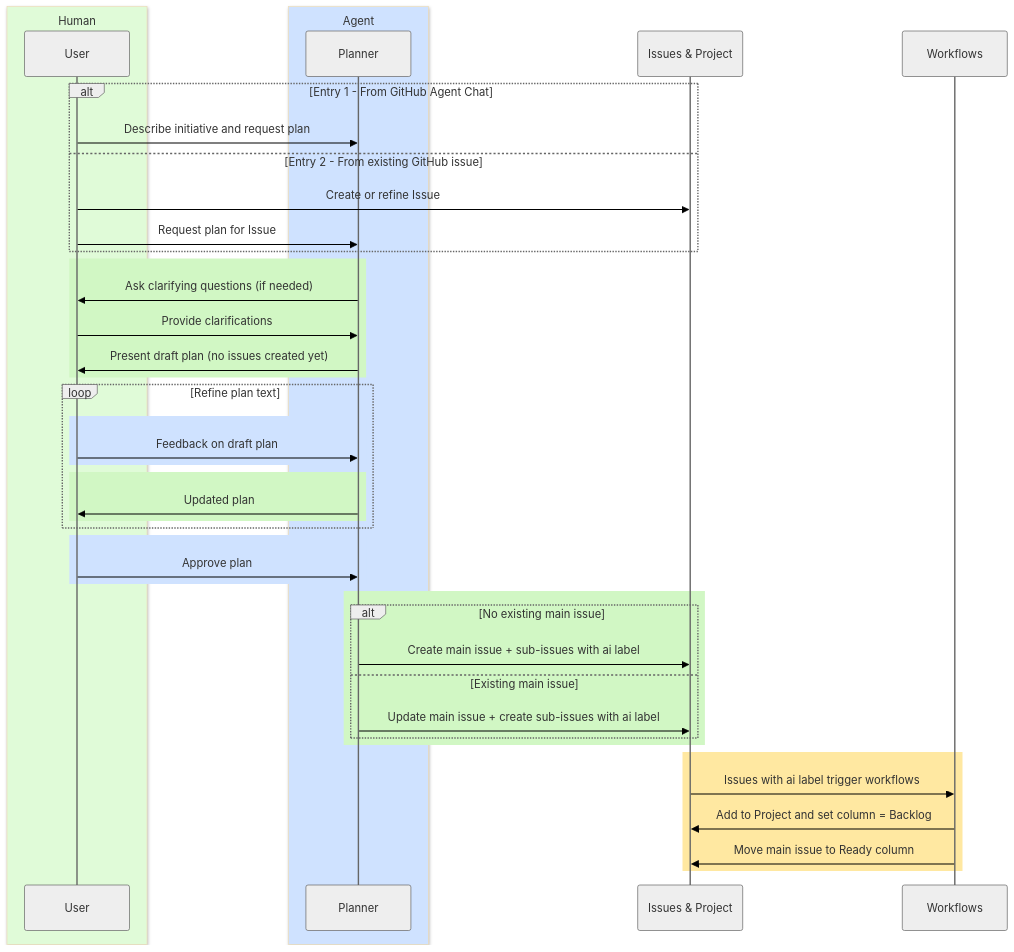
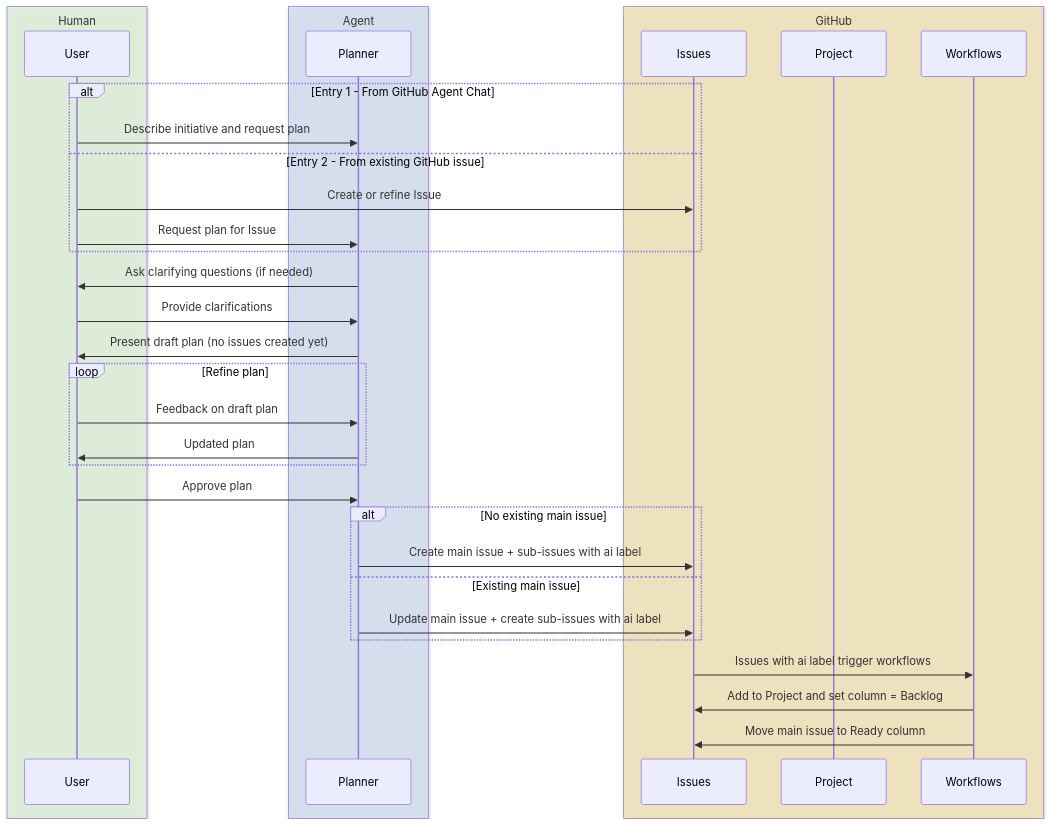
Before and after one commit to Dave76/codelantern-ai: the second of 3 diagrams in workflows/planner.md, drawn with Mermaid. The commit also changed other lines of this file, not shown here.

Commit message:
With boxes

````diff
--- a/workflows/planner.md
+++ b/workflows/planner.md
@@ -171,70 +171,64 @@
 ```mermaid
 ---
 config:
-  theme: 'base'
-  themeVariables:
-    darkMode: false
-    bkg: '#ffffff'
+  theme: 'default'
+  <!-- themeVariables:
     actorBkg: '#eee'
-    actorBorder: '#666'
+    actorBorder: '#999'
     signalColor: '#000'
+    actorLineColor: '#999'
+    activationBkgColor: '#ff00ff'
+    sequenceNumberColor: '#ff00ff'
+    rectStrokeWidth: 0 -->
 ---
 sequenceDiagram
     
-    box rgba(224, 251, 216, 1) Human
+    box rgba(224, 251, 216, 0.5) Human
         participant U as User
     end
 
-    box  rgb(207,226,255) Agent
-        participant CP as Planner
+    box  rgba(207,226,255, 0.5) Agent
+        participant AI as Planner
     end
-    participant IS as Issues & Project
-    participant WF as Workflows
+
+    box rgba(255,232,161,0.5) GitHub
+        participant IS as Issues
+        participant PR as Project
+        participant WF as Workflows
+    end
 
     alt Entry 1 - From GitHub Agent Chat
-        U->>CP: Describe initiative and request plan
+        U->>AI: Describe initiative and request plan
     else Entry 2 - From existing GitHub issue
         U->>IS: Create or refine Issue
-        U->>CP: Request plan for Issue
+        U->>AI: Request plan for Issue
     end
     
-
     %% Planner understanding and draft (green)
-    rect rgb(209,247,196)
-        CP->>U: Ask clarifying questions (if needed)
-        U->>CP: Provide clarifications
-        CP->>U: Present draft plan (no issues created yet)
-    end
+    AI->>U: Ask clarifying questions (if needed)
+    U->>AI: Provide clarifications
+    AI->>U: Present draft plan (no issues created yet)
+    
 
     %% Refinement loop (blue + green)
-    loop Refine plan text
-        rect rgb(207,226,255)
-            U->>CP: Feedback on draft plan
-        end
-        rect rgb(209,247,196)
-            CP->>U: Updated plan
-        end
+    loop Refine plan
+        U->>AI: Feedback on draft plan
+        AI->>U: Updated plan
     end
 
     %% User approves plan (blue)
-    rect rgb(207,226,255)
-        U->>CP: Approve plan
-    end
+    U->>AI: Approve plan
 
-    %% Planner creates / updates issues (green)
-    rect rgb(209,247,196)
-        alt No existing main issue
-            CP->>IS: Create main issue + sub-issues with ai label
-        else Existing main issue
-            CP->>IS: Update main issue + create sub-issues with ai label
-        end
+    %% Planner creates or updates issues
+    alt No existing main issue
+        AI->>IS: Create main issue + sub-issues with ai label
+    else Existing main issue
+        AI->>IS: Update main issue + create sub-issues with ai label
     end
 
     %% Automation places and advances issue (yellow)
-    rect rgb(255,232,161)
-        IS->>WF: Issues with ai label trigger workflows
-        WF->>IS: Add to Project and set column = Backlog
-        WF->>IS: Move main issue to Ready column
-    end
+    IS->>WF: Issues with ai label trigger workflows
+    WF->>IS: Add to Project and set column = Backlog
+    WF->>IS: Move main issue to Ready column
     
 ```
````
